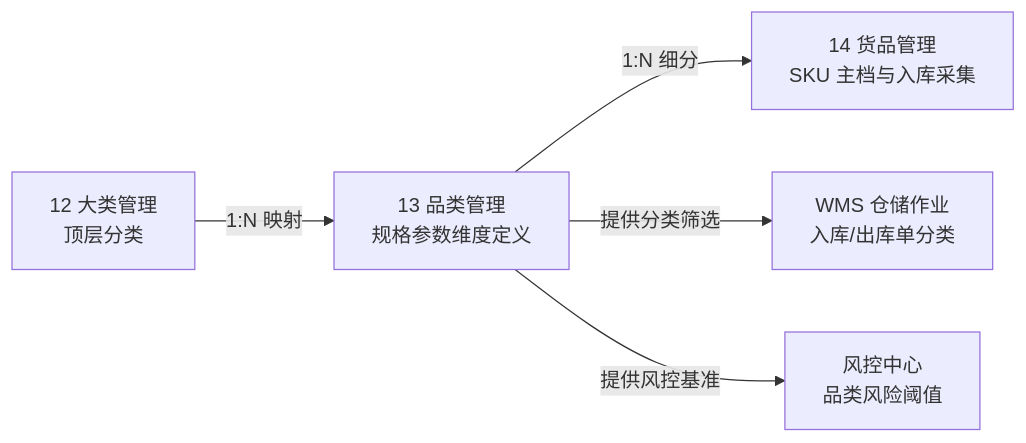
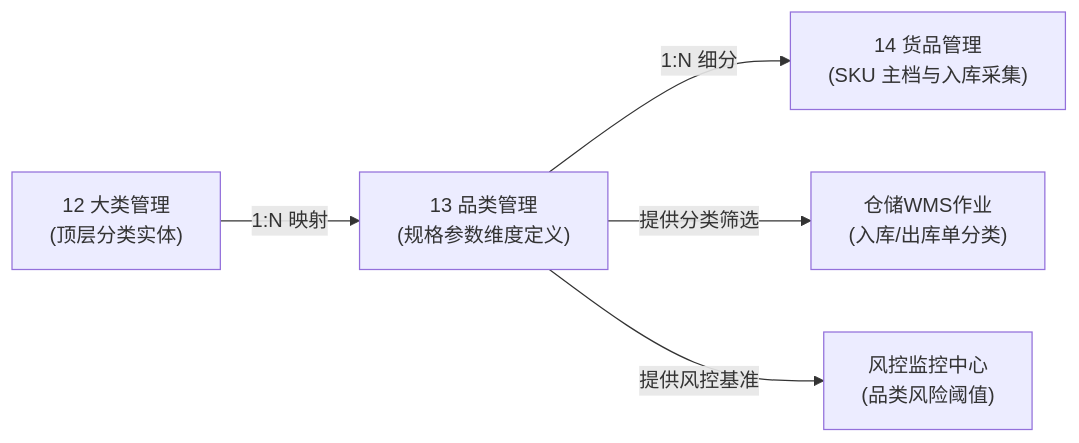
Before and after one commit to RobertHuang999/SYZC: the diagram in 02-PRD文档/🌟🌟🌟-最新基准版/B端PC/08-配置管理/13-货品规格管理-品类管理/品类管理主PRD.md, drawn with Mermaid. The commit also changed other lines of this file and 264 other files, not shown here.

````diff
--- a/02-PRD文档/🌟🌟🌟-最新基准版/B端PC/08-配置管理/13-货品规格管理-品类管理/品类管理主PRD.md
+++ b/02-PRD文档/🌟🌟🌟-最新基准版/B端PC/08-配置管理/13-货品规格管理-品类管理/品类管理主PRD.md
@@ -25,7 +25,7 @@
 ```mermaid
 flowchart LR
-    A[12 大类管理<br/>顶层分类] -->|1:N 映射| B[13 品类管理<br/>规格参数维度定义]
-    B -->|1:N 细分| C[14 货品管理<br/>SKU 主档与入库采集]
-    B -->|提供分类筛选| D[WMS 仓储作业<br/>入库/出库单分类]
-    B -->|提供风控基准| E[风控中心<br/>品类风险阈值]
+    A["12 大类管理<br/>(顶层分类实体)"] -->|1:N 映射| B["13 品类管理<br/>(规格参数维度定义)"]
+    B -->|1:N 细分| C["14 货品管理<br/>(SKU 主档与入库采集)"]
+    B -->|提供分类筛选| D["仓储WMS作业<br/>(入库/出库单分类)"]
+    B -->|提供风控基准| E["风控监控中心<br/>(品类风险阈值)"]
 ```
````
